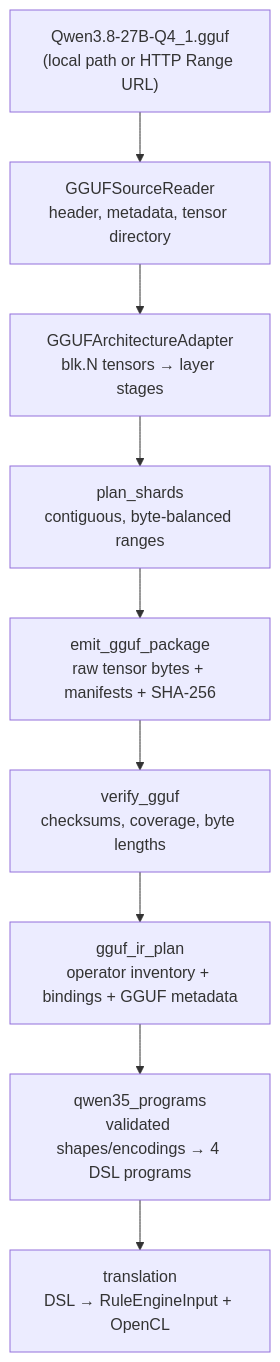
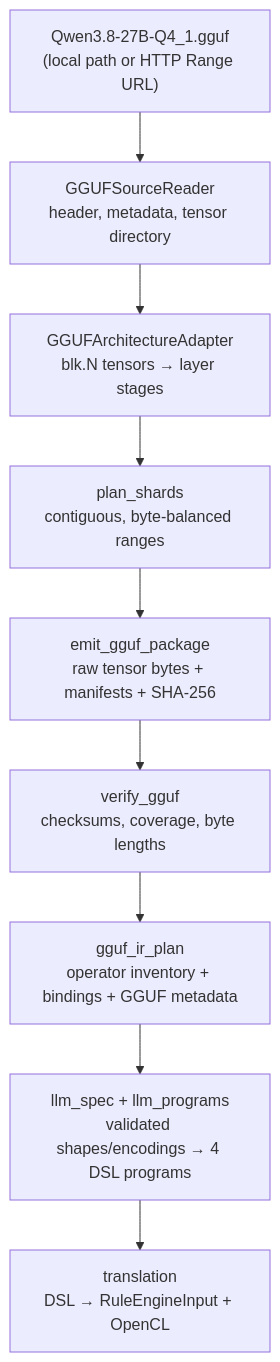
One commit to pranavsaxena-ramanujan/Ramanujan changed the second of 4 diagrams in sharded-llm/QWEN35_GGUF.md. Above: the diagram before and after it, drawn with Mermaid. The commit also changed other lines of this file and 18 other files, not shown here.

First line of the commit message:
Make the GGUF to Ramanujan IR translator architecture-generic

````diff
--- a/sharded-llm/QWEN35_GGUF.md
+++ b/sharded-llm/QWEN35_GGUF.md
@@ -65,11 +69,11 @@
 ```mermaid
 flowchart TD
     G["Qwen3.8-27B-Q4_1.gguf<br/>(local path or HTTP Range URL)"] --> R["GGUFSourceReader<br/>header, metadata, tensor directory"]
     R --> A["GGUFArchitectureAdapter<br/>blk.N tensors → layer stages"]
     A --> P["plan_shards<br/>contiguous, byte-balanced ranges"]
     P --> E["emit_gguf_package<br/>raw tensor bytes + manifests + SHA-256"]
     E --> V["verify_gguf<br/>checksums, coverage, byte lengths"]
     V --> I["gguf_ir_plan<br/>operator inventory + bindings + GGUF metadata"]
-    I --> Q["qwen35_programs<br/>validated shapes/encodings → 4 DSL programs"]
+    I --> Q["llm_spec + llm_programs<br/>validated shapes/encodings → 4 DSL programs"]
     Q --> T["translation<br/>DSL → RuleEngineInput + OpenCL"]
 ```
````
